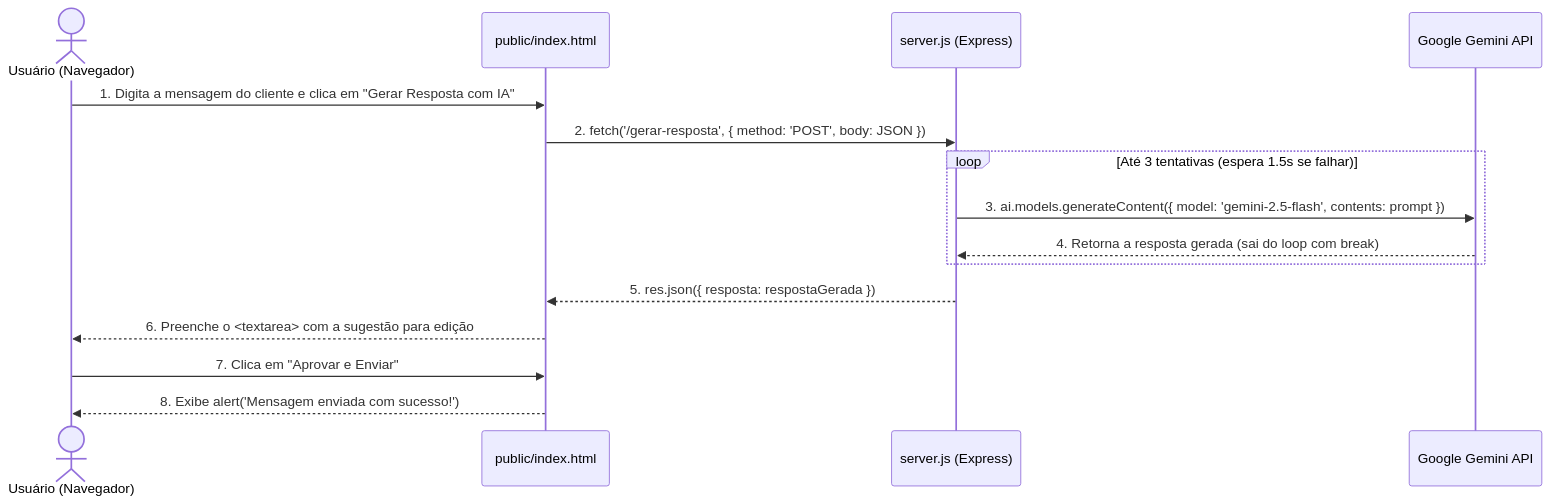
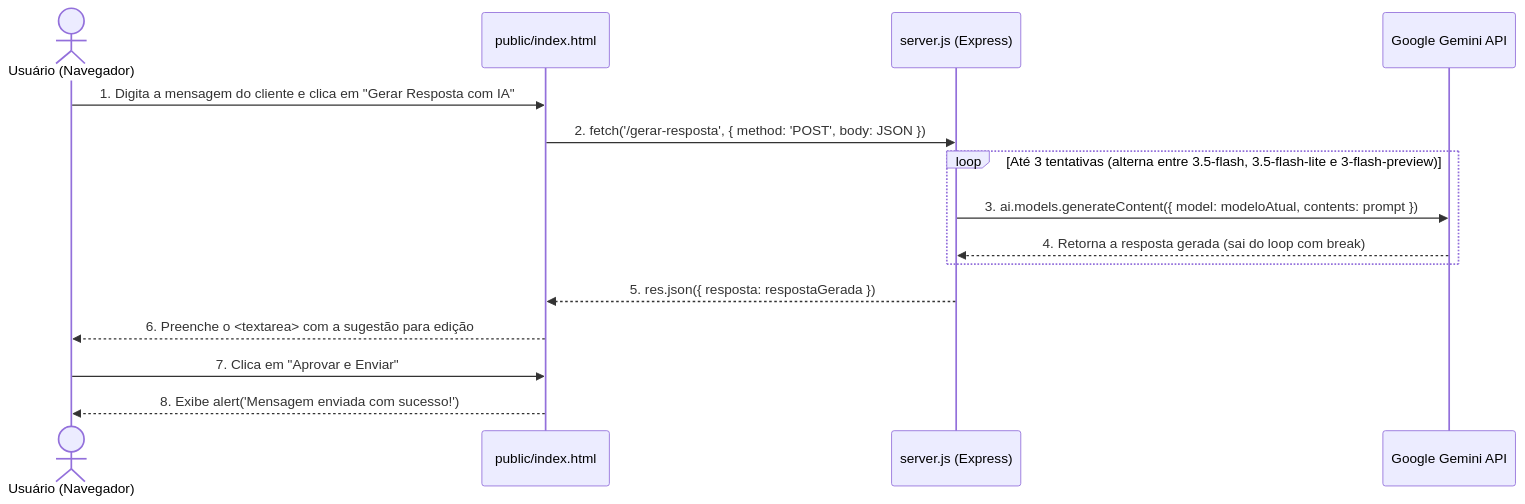
The diagram in README.md (gabrixlzdev/WhatsApp-AI-Approval-Panel), drawn with Mermaid before and after one commit. The commit also changed other lines of this file and 2 other files, not shown here.

Commit message:
feat: redesign enterprise SaaS UI with Tailwind CSS and add Gemini model fallback retry

````diff
--- a/README.md
+++ b/README.md
@@ -135,18 +135,18 @@
 ```mermaid
 sequenceDiagram
     actor Usuario as Usuário (Navegador)
     participant Frontend as public/index.html
     participant Backend as server.js (Express)
     participant Gemini as Google Gemini API
 
     Usuario->>Frontend: 1. Digita a mensagem do cliente e clica em "Gerar Resposta com IA"
     Frontend->>Backend: 2. fetch('/gerar-resposta', { method: 'POST', body: JSON })
-    loop Até 3 tentativas (espera 1.5s se falhar)
-        Backend->>Gemini: 3. ai.models.generateContent({ model: 'gemini-2.5-flash', contents: prompt })
+    loop Até 3 tentativas (alterna entre 3.5-flash, 3.5-flash-lite e 3-flash-preview)
+        Backend->>Gemini: 3. ai.models.generateContent({ model: modeloAtual, contents: prompt })
         Gemini-->>Backend: 4. Retorna a resposta gerada (sai do loop com break)
     end
     Backend-->>Frontend: 5. res.json({ resposta: respostaGerada })
     Frontend-->>Usuario: 6. Preenche o <textarea> com a sugestão para edição
     Usuario->>Frontend: 7. Clica em "Aprovar e Enviar"
     Frontend-->>Usuario: 8. Exibe alert('Mensagem enviada com sucesso!')
 ```
````
